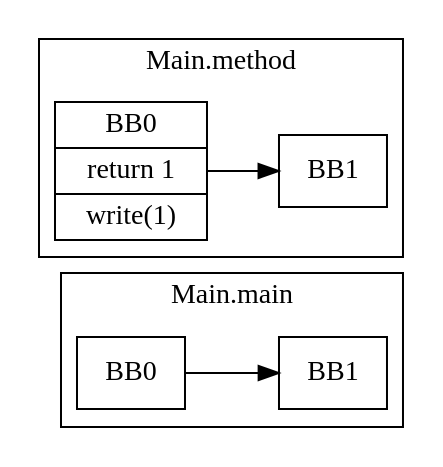
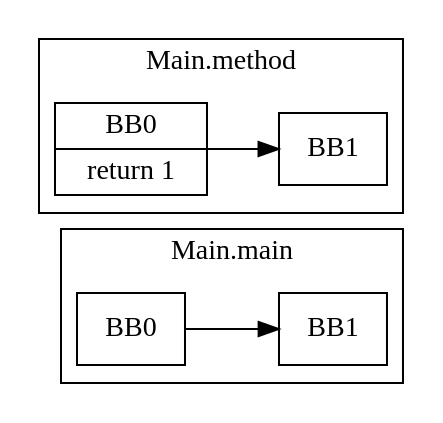
One commit to fimeier/compilerDesign changed the diagram in HW5/javali_tests/not ours/new/HW3_MarLin/return/OkUnreachableCode.javali.cfg.dot. Above: the diagram before and after it, drawn with Graphviz. The commit also changed 29 other files, not shown here.

```diff
--- a/HW5/javali_tests/not ours/new/HW3_MarLin/return/OkUnreachableCode.javali.cfg.dot
+++ b/HW5/javali_tests/not ours/new/HW3_MarLin/return/OkUnreachableCode.javali.cfg.dot
@@ -1,27 +1,27 @@
 digraph G {
   graph [ rankdir = "LR" ];
   subgraph cluster_0 {
     label = "Main.main"
     M0_BB0 [
       shape="record"
       label="BB0"
     ];
     M0_BB0 -> M0_BB1;
     M0_BB1 [
       shape="record"
       label="BB1"
     ];
   }
   subgraph cluster_1 {
     label = "Main.method"
     M1_BB0 [
       shape="record"
-      label="BB0|return 1|write(1)"
+      label="BB0|return 1"
     ];
     M1_BB0 -> M1_BB1;
     M1_BB1 [
       shape="record"
       label="BB1"
     ];
   }
 }
```
